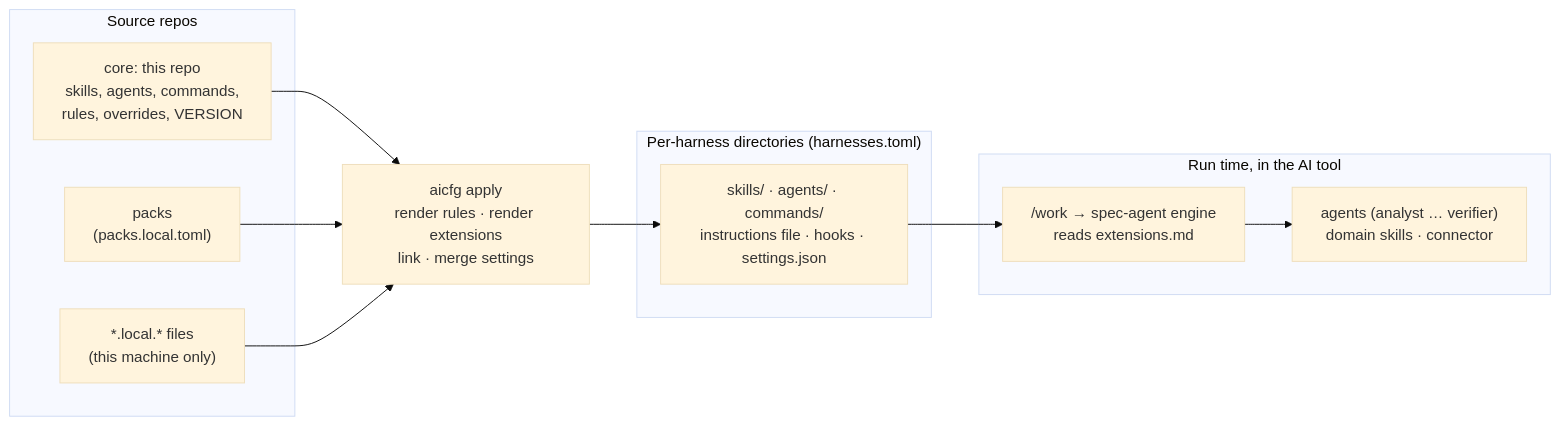
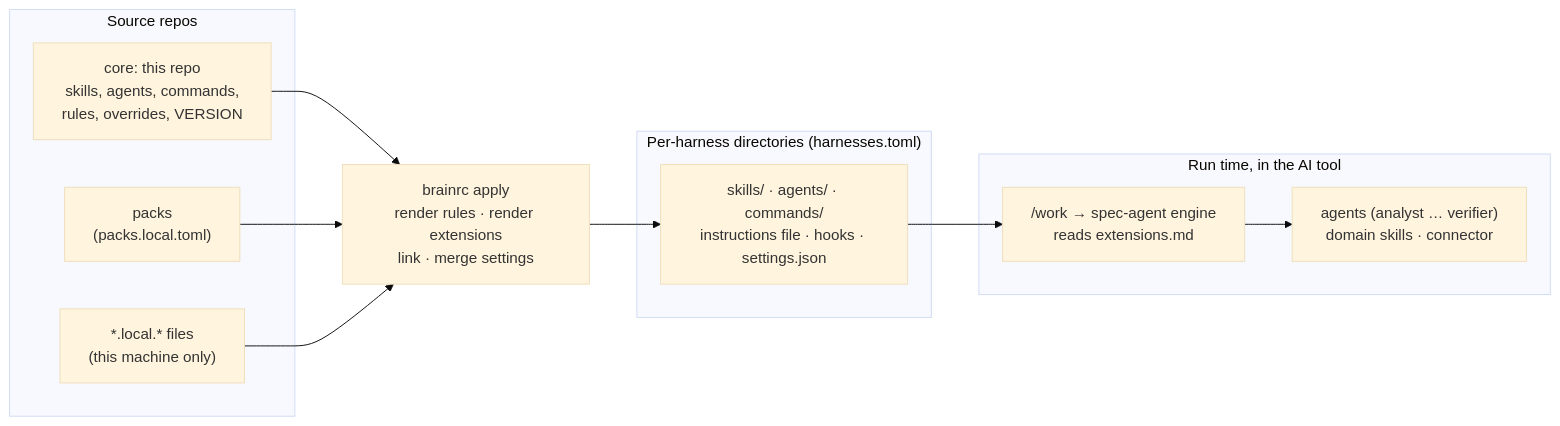
Before and after one commit to brainrc/brainrc: the diagram in docs/architecture.md, drawn with Mermaid (base theme). The commit also changed other lines of this file and 9 other files, not shown here.

First line of the commit message:
Docs name brainrc: commands, checkout, settings home, package

````diff
--- a/docs/architecture.md
+++ b/docs/architecture.md
@@ -6,22 +6,22 @@
 ```mermaid
 flowchart LR
   subgraph sources["Source repos"]
     core["core: this repo<br/>skills, agents, commands,<br/>rules, overrides, VERSION"]
     packs["packs<br/>(packs.local.toml)"]
     local["*.local.* files<br/>(this machine only)"]
   end
-  apply["aicfg apply<br/>render rules · render extensions<br/>link · merge settings"]
+  apply["brainrc apply<br/>render rules · render extensions<br/>link · merge settings"]
   subgraph harnesses["Per-harness directories (harnesses.toml)"]
     files["skills/ · agents/ · commands/<br/>instructions file · hooks · settings.json"]
   end
   subgraph run["Run time, in the AI tool"]
     engine["/work → spec-agent engine<br/>reads extensions.md"]
     roles["agents (analyst … verifier)<br/>domain skills · connector"]
   end
   core --> apply
   packs --> apply
   local --> apply
   apply --> files
   files --> engine
   engine --> roles
 ```
````
